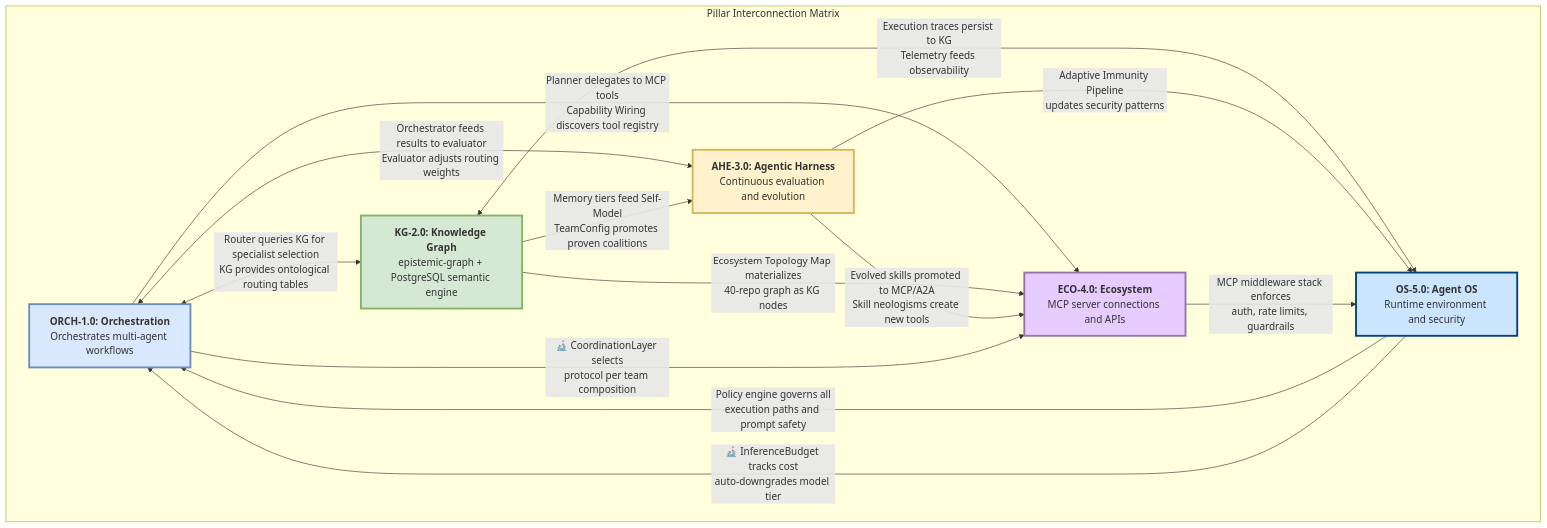
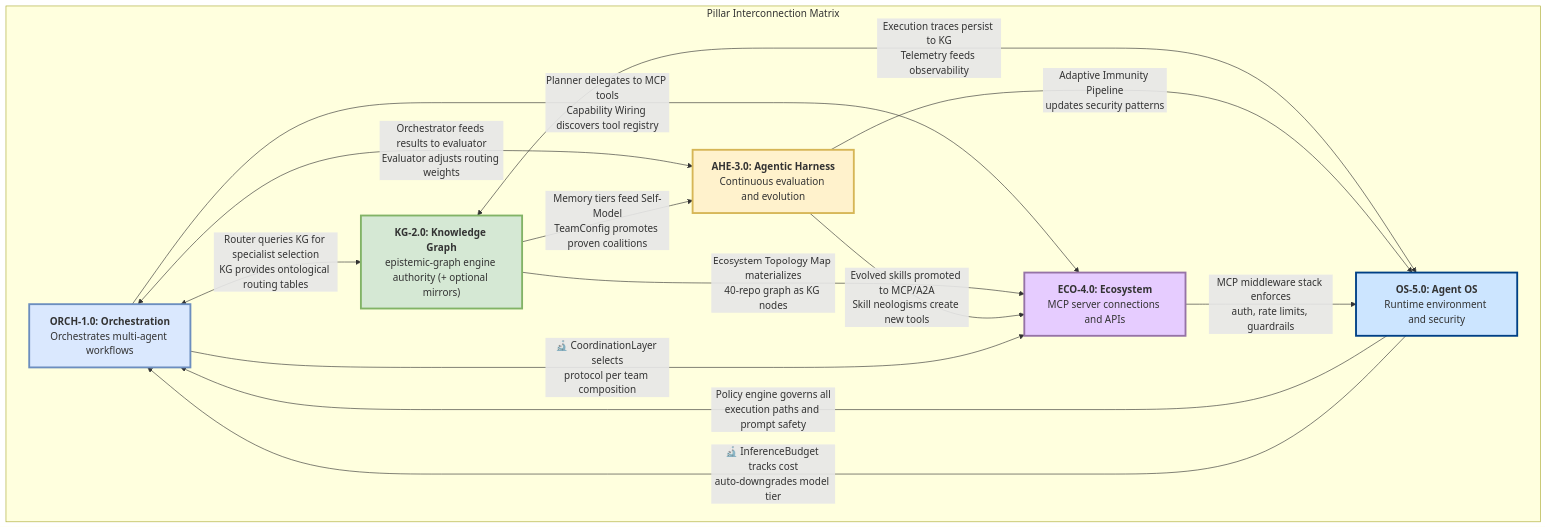
Before and after one commit to Knuckles-Team/agent-utilities: diagram 11 of 13 in docs/pillars/architecture_c4.md, drawn with Mermaid. The commit also changed other lines of this file and 59 other files, not shown here.

````diff
--- a/docs/pillars/architecture_c4.md
+++ b/docs/pillars/architecture_c4.md
@@ -626,33 +626,33 @@
 ```mermaid
 graph TD
     subgraph "Pillar Interconnection Matrix"
             P1["<b>ORCH-1.0: Orchestration</b><br/>Orchestrates multi-agent workflows"]
-            P2["<b>KG-2.0: Knowledge Graph</b><br/>epistemic-graph + PostgreSQL semantic engine"]
+            P2["<b>KG-2.0: Knowledge Graph</b><br/>epistemic-graph engine authority (+ optional mirrors)"]
             P3["<b>AHE-3.0: Agentic Harness</b><br/>Continuous evaluation and evolution"]
             P4["<b>ECO-4.0: Ecosystem</b><br/>MCP server connections and APIs"]
             P5["<b>OS-5.0: Agent OS</b><br/>Runtime environment and security"]
     end
 
     P1 <-->|"Router queries KG for specialist selection<br/>KG provides ontological routing tables"| P2
     P1 -->|"Planner delegates to MCP tools<br/>Capability Wiring discovers tool registry"| P4
     P1 <-->|"Orchestrator feeds results to evaluator<br/>Evaluator adjusts routing weights"| P3
 
     P2 -->|"Memory tiers feed Self-Model<br/>TeamConfig promotes proven coalitions"| P3
     P2 -->|"Ecosystem Topology Map materializes<br/>40-repo graph as KG nodes"| P4
     P2 <-->|"Execution traces persist to KG<br/>Telemetry feeds observability"| P5
 
     P3 -->|"Evolved skills promoted to MCP/A2A<br/>Skill neologisms create new tools"| P4
     P3 -->|"Adaptive Immunity Pipeline<br/>updates security patterns"| P5
 
     P4 -->|"MCP middleware stack enforces<br/>auth, rate limits, guardrails"| P5
 
     P5 -->|"Policy engine governs all<br/>execution paths and prompt safety"| P1
     P5 -->|"🔬 InferenceBudget tracks cost<br/>auto-downgrades model tier"| P1
     P1 -->|"🔬 CoordinationLayer selects<br/>protocol per team composition"| P4
 
     style P1 fill:#dae8fe,stroke:#6c8ebf,stroke-width:3px
     style P2 fill:#d5e8d4,stroke:#82b366,stroke-width:3px
     style P3 fill:#fff2cc,stroke:#d6b656,stroke-width:3px
     style P4 fill:#e6ccff,stroke:#9673a6,stroke-width:3px
     style P5 fill:#cce5ff,stroke:#004085,stroke-width:3px
 ```
````
